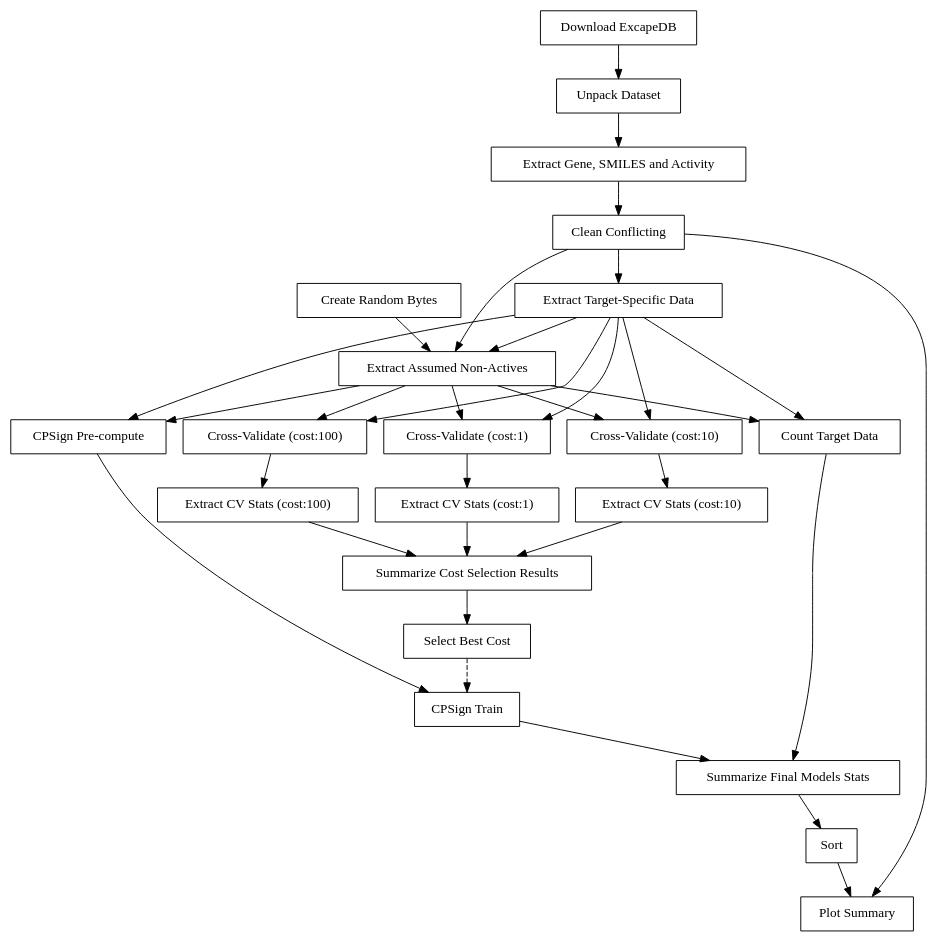
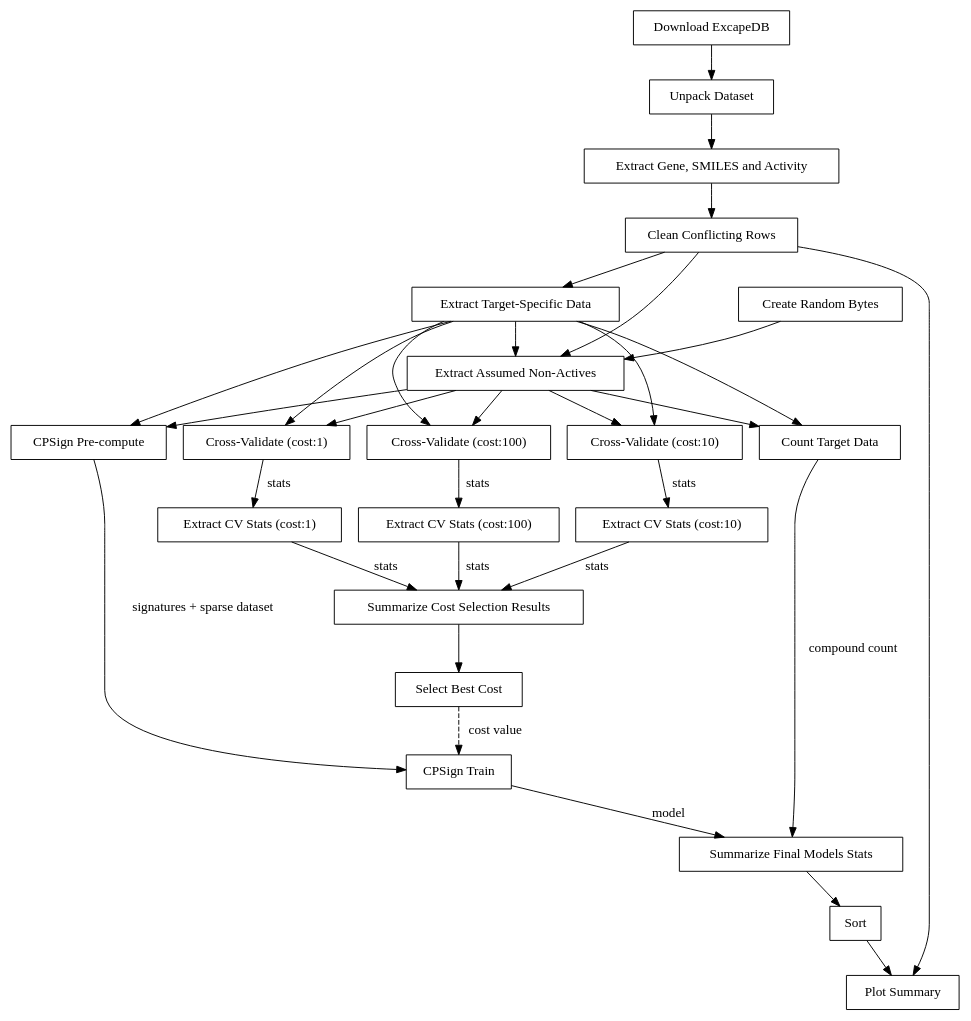
The diagram in manuscript_disp/figures/workflow_graph_clean.dot (pharmbio/ptp-project), drawn with Graphviz before and after one commit. The commit also changed 1 other file, not shown here.

Commit message:
Add a few explanatory labels in exemplary workflow graph

```diff
--- a/manuscript_disp/figures/workflow_graph_clean.dot
+++ b/manuscript_disp/figures/workflow_graph_clean.dot
@@ -1,54 +1,54 @@
 digraph train_models {
   "Extract Assumed Non-Actives"[shape=box];
   "CPSign Pre-compute"[shape=box];
   "Cross-Validate (cost:1)"[shape=box];
   "Cross-Validate (cost:10)"[shape=box];
   "Cross-Validate (cost:100)"[shape=box];
   "Extract CV Stats (cost:100)"[shape=box];
   "Extract CV Stats (cost:1)"[shape=box];
   "Extract CV Stats (cost:10)"[shape=box];
   "Create Random Bytes"[shape=box];
   "Summarize Cost Selection Results"[shape=box];
   "Summarize Final Models Stats"[shape=box];
   "Extract Target-Specific Data"[shape=box];
   "Count Target Data"[shape=box];
   "Plot Summary"[shape=box];
   "Unpack Dataset"[shape=box];
-  "Clean Conflicting"[shape=box];
+  "Clean Conflicting Rows"[shape=box];
   "Extract Gene, SMILES and Activity"[shape=box];
   "Select Best Cost"[shape=box];
   "CPSign Train"[shape=box];
   "Sort"[shape=box];
   "Download ExcapeDB"[shape=box];
   "Extract Assumed Non-Actives" -> "Count Target Data";
   "Extract Assumed Non-Actives" -> "CPSign Pre-compute";
   "Extract Assumed Non-Actives" -> "Cross-Validate (cost:1)";
   "Extract Assumed Non-Actives" -> "Cross-Validate (cost:10)";
   "Extract Assumed Non-Actives" -> "Cross-Validate (cost:100)";
-  "CPSign Pre-compute" -> "CPSign Train";
-  "Extract CV Stats (cost:1)" -> "Summarize Cost Selection Results";
-  "Extract CV Stats (cost:100)" -> "Summarize Cost Selection Results";
-  "Extract CV Stats (cost:10)" -> "Summarize Cost Selection Results";
-  "Cross-Validate (cost:1)" -> "Extract CV Stats (cost:1)";
-  "Cross-Validate (cost:100)" -> "Extract CV Stats (cost:100)";
-  "Cross-Validate (cost:10)" -> "Extract CV Stats (cost:10)" ;
-  "Count Target Data" -> "Summarize Final Models Stats";
+  "CPSign Pre-compute" -> "CPSign Train" [label=" signatures + sparse dataset"];
+  "Extract CV Stats (cost:1)" -> "Summarize Cost Selection Results" [label=" stats"];
+  "Extract CV Stats (cost:100)" -> "Summarize Cost Selection Results" [label=" stats"];
+  "Extract CV Stats (cost:10)" -> "Summarize Cost Selection Results" [label=" stats"];
+  "Cross-Validate (cost:1)" -> "Extract CV Stats (cost:1)" [label=" stats"];
+  "Cross-Validate (cost:100)" -> "Extract CV Stats (cost:100)" [label=" stats"];
+  "Cross-Validate (cost:10)" -> "Extract CV Stats (cost:10)" [label=" stats"];
+  "Count Target Data" -> "Summarize Final Models Stats" [label=" compound count"];
   "Create Random Bytes" -> "Extract Assumed Non-Actives";
   "Summarize Cost Selection Results" -> "Select Best Cost";
   "Summarize Final Models Stats" -> "Sort";
   "Extract Target-Specific Data" -> "Cross-Validate (cost:1)";
   "Extract Target-Specific Data" -> "Cross-Validate (cost:10)";
   "Extract Target-Specific Data" -> "Cross-Validate (cost:100)";
   "Extract Target-Specific Data" -> "Count Target Data";
   "Extract Target-Specific Data" -> "Extract Assumed Non-Actives";
   "Extract Target-Specific Data" -> "CPSign Pre-compute";
   "Unpack Dataset" -> "Extract Gene, SMILES and Activity";
-  "Clean Conflicting" -> "Plot Summary";
-  "Clean Conflicting" -> "Extract Target-Specific Data";
-  "Clean Conflicting" -> "Extract Assumed Non-Actives";
-  "Extract Gene, SMILES and Activity" -> "Clean Conflicting";
-  "Select Best Cost" -> "CPSign Train" [style="dashed"];
-  "CPSign Train" -> "Summarize Final Models Stats";
+  "Clean Conflicting Rows" -> "Plot Summary";
+  "Clean Conflicting Rows" -> "Extract Target-Specific Data";
+  "Clean Conflicting Rows" -> "Extract Assumed Non-Actives";
+  "Extract Gene, SMILES and Activity" -> "Clean Conflicting Rows";
+  "Select Best Cost" -> "CPSign Train" [style="dashed", label=" cost value"];
+  "CPSign Train" -> "Summarize Final Models Stats" [label=" model"];
   "Sort" -> "Plot Summary";
   "Download ExcapeDB" -> "Unpack Dataset";
 }
```
